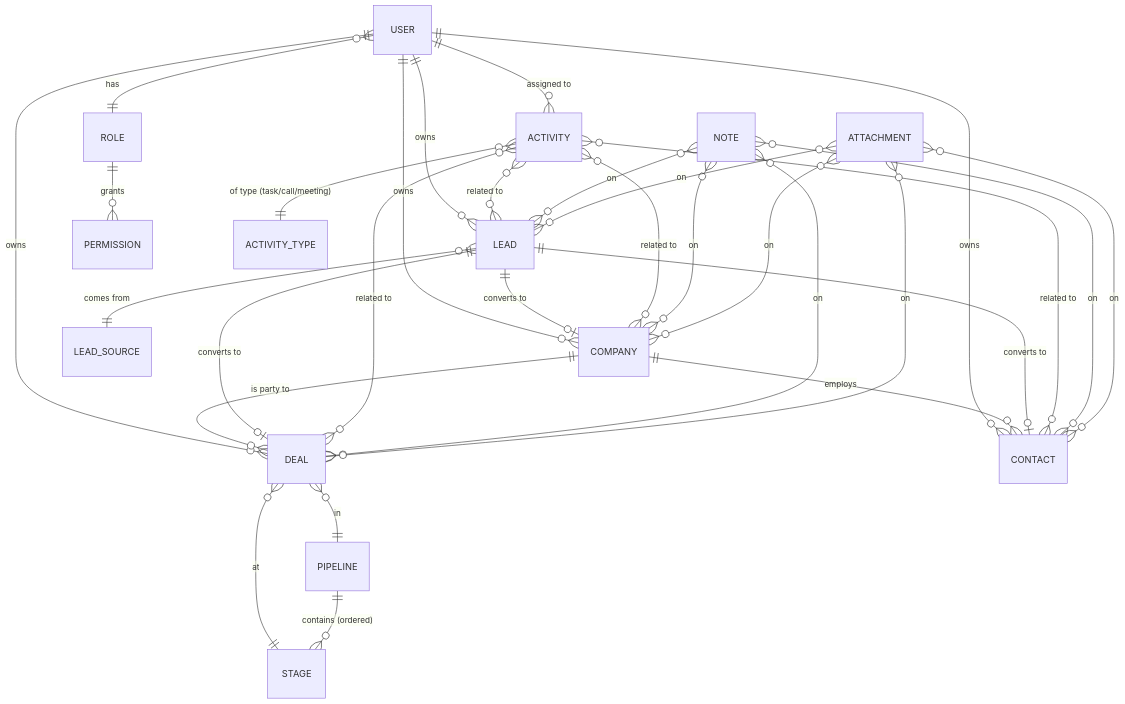
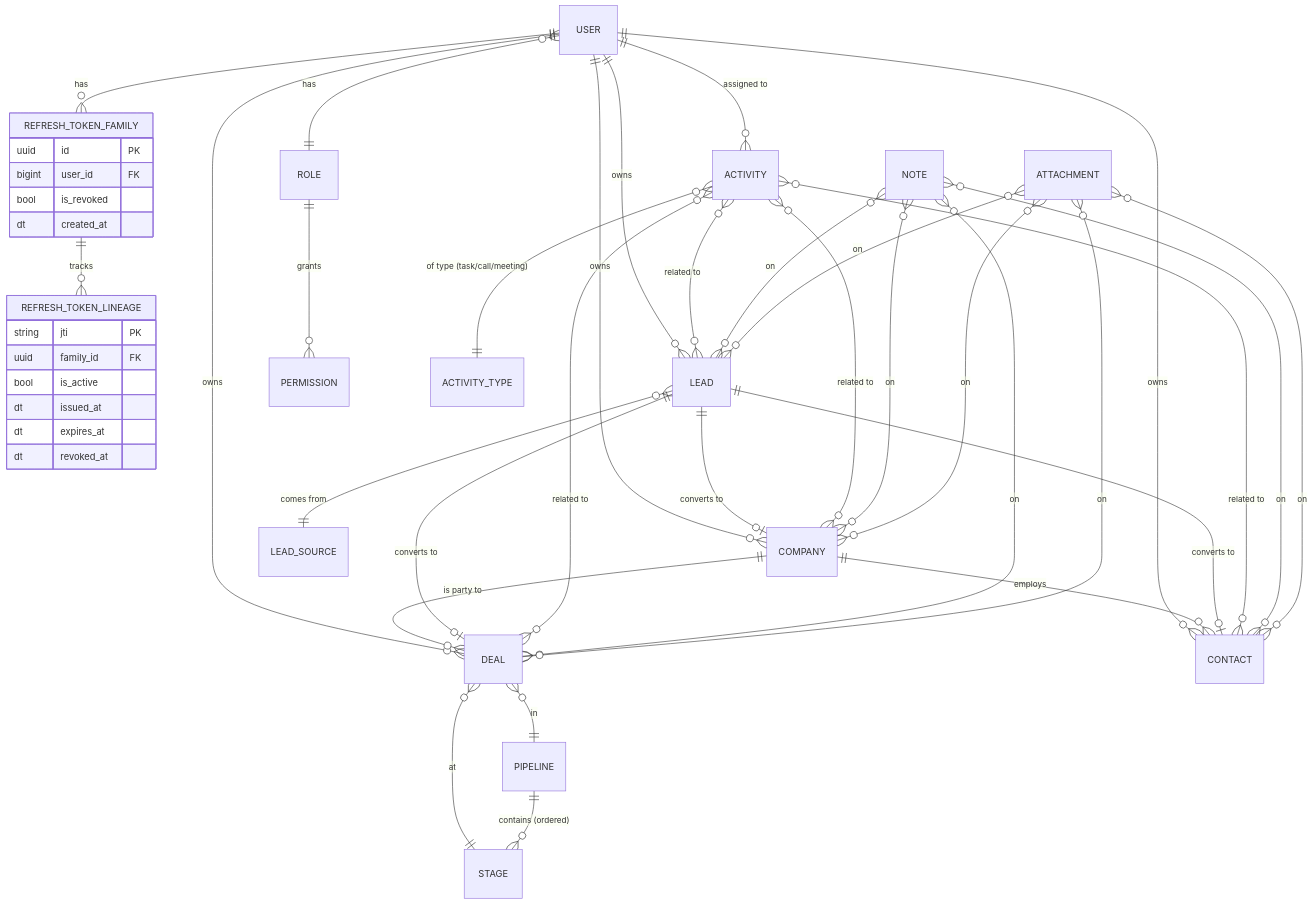
Before and after one commit to hussain-ideator/crm: the diagram in docs/erd.md, drawn with Mermaid. The commit also changed other lines of this file, not shown here.

Commit message:
docs(erd): add RefreshTokenFamily + RefreshTokenLineage entities

````diff
--- a/docs/erd.md
+++ b/docs/erd.md
@@ -6,38 +6,57 @@
 ```mermaid
 erDiagram
+    USER ||--o{ REFRESH_TOKEN_FAMILY  : "has"
+    REFRESH_TOKEN_FAMILY ||--o{ REFRESH_TOKEN_LINEAGE : "tracks"
+
+    REFRESH_TOKEN_FAMILY {
+        uuid   id         PK
+        bigint user_id    FK
+        bool   is_revoked
+        dt     created_at
+    }
+
+    REFRESH_TOKEN_LINEAGE {
+        string jti        PK
+        uuid   family_id  FK
+        bool   is_active
+        dt     issued_at
+        dt     expires_at
+        dt     revoked_at
+    }
+
     USER ||--o{ LEAD          : "owns"
     USER ||--o{ DEAL          : "owns"
     USER ||--o{ CONTACT       : "owns"
     USER ||--o{ COMPANY       : "owns"
     USER ||--o{ ACTIVITY      : "assigned to"
     USER }o--|| ROLE          : "has"
     ROLE ||--o{ PERMISSION    : "grants"
 
     COMPANY ||--o{ CONTACT    : "employs"
     COMPANY ||--o{ DEAL       : "is party to"
 
     LEAD }o--|| LEAD_SOURCE   : "comes from"
     LEAD ||--o| DEAL          : "converts to"
     LEAD ||--o| CONTACT       : "converts to"
     LEAD ||--o| COMPANY       : "converts to"
 
     DEAL }o--|| PIPELINE      : "in"
     DEAL }o--|| STAGE         : "at"
     PIPELINE ||--o{ STAGE     : "contains (ordered)"
 
     ACTIVITY }o--|| ACTIVITY_TYPE : "of type (task/call/meeting)"
     ACTIVITY }o--o{ LEAD      : "related to"
     ACTIVITY }o--o{ CONTACT   : "related to"
     ACTIVITY }o--o{ COMPANY   : "related to"
     ACTIVITY }o--o{ DEAL      : "related to"
 
     NOTE }o--o{ LEAD          : "on"
     NOTE }o--o{ CONTACT       : "on"
     NOTE }o--o{ COMPANY       : "on"
     NOTE }o--o{ DEAL          : "on"
 
     ATTACHMENT }o--o{ LEAD    : "on"
     ATTACHMENT }o--o{ CONTACT : "on"
     ATTACHMENT }o--o{ COMPANY : "on"
     ATTACHMENT }o--o{ DEAL    : "on"
 ```
````
